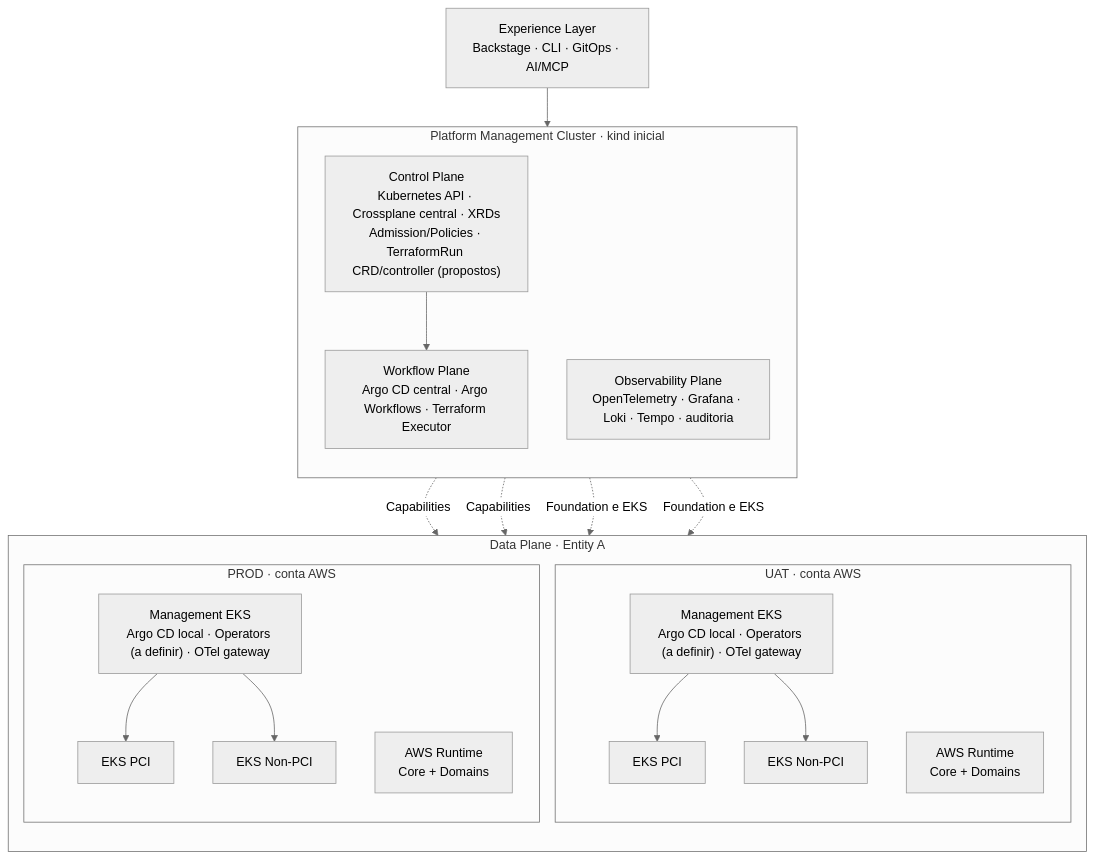
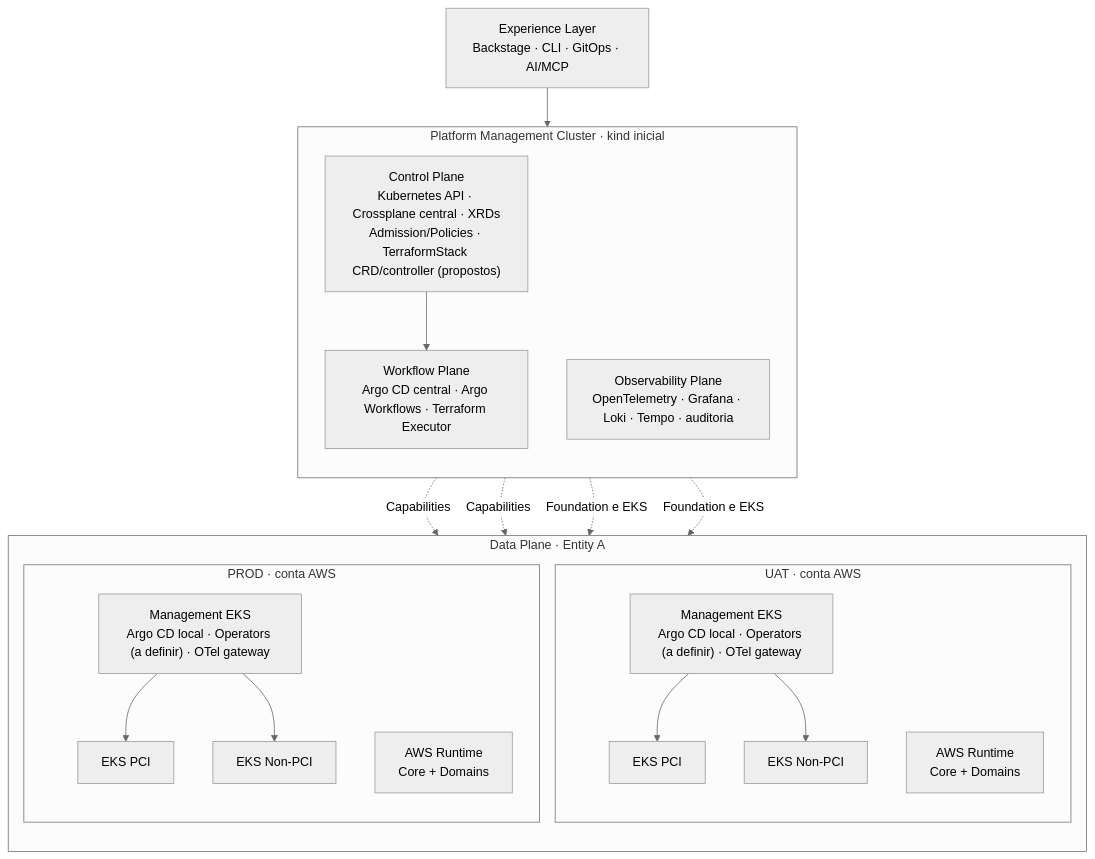
Before and after one commit to DavidFerreira21/platform-engineering-poc: the first of 3 diagrams in docs/architecture.md, drawn with Mermaid (neutral theme). The commit also changed other lines of this file, not shown here.

Commit message:
docs: atualizar arquitetura e roadmap para TerraformStack drift e policy

````diff
--- a/docs/architecture.md
+++ b/docs/architecture.md
@@ -21,35 +21,35 @@
 ```mermaid
 flowchart TB
   E["Experience Layer<br/>Backstage · CLI · GitOps · AI/MCP"]
   subgraph HUB["Platform Management Cluster · kind inicial"]
     direction TB
-    CP["Control Plane<br/>Kubernetes API · Crossplane central · XRDs<br/>Admission/Policies · TerraformRun CRD/controller (propostos)"]
+    CP["Control Plane<br/>Kubernetes API · Crossplane central · XRDs<br/>Admission/Policies · TerraformStack CRD/controller (propostos)"]
     WF["Workflow Plane<br/>Argo CD central · Argo Workflows · Terraform Executor"]
     OB["Observability Plane<br/>OpenTelemetry · Grafana · Loki · Tempo · auditoria"]
     CP --> WF
   end
   subgraph DP["Data Plane · Entity A"]
     direction TB
     subgraph U["UAT · conta AWS"]
       UM["Management EKS<br/>Argo CD local · Operators (a definir) · OTel gateway"]
       UP["EKS PCI"]
       UN["EKS Non-PCI"]
       UR["AWS Runtime<br/>Core + Domains"]
       UM --> UP
       UM --> UN
     end
     subgraph P["PROD · conta AWS"]
       PM["Management EKS<br/>Argo CD local · Operators (a definir) · OTel gateway"]
       PP["EKS PCI"]
       PN["EKS Non-PCI"]
       PR["AWS Runtime<br/>Core + Domains"]
       PM --> PP
       PM --> PN
     end
   end
   E --> CP
   CP -. "Capabilities" .-> UR
   CP -. "Capabilities" .-> PR
   WF -. "Foundation e EKS" .-> UM
   WF -. "Foundation e EKS" .-> PM
 ```
````
